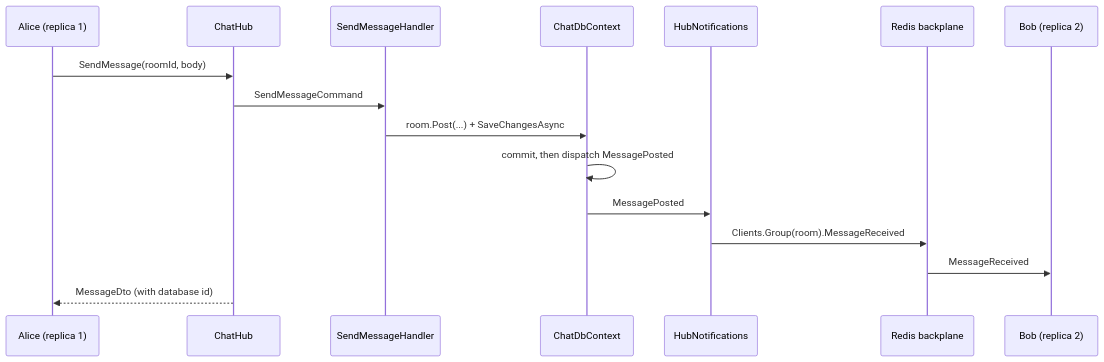
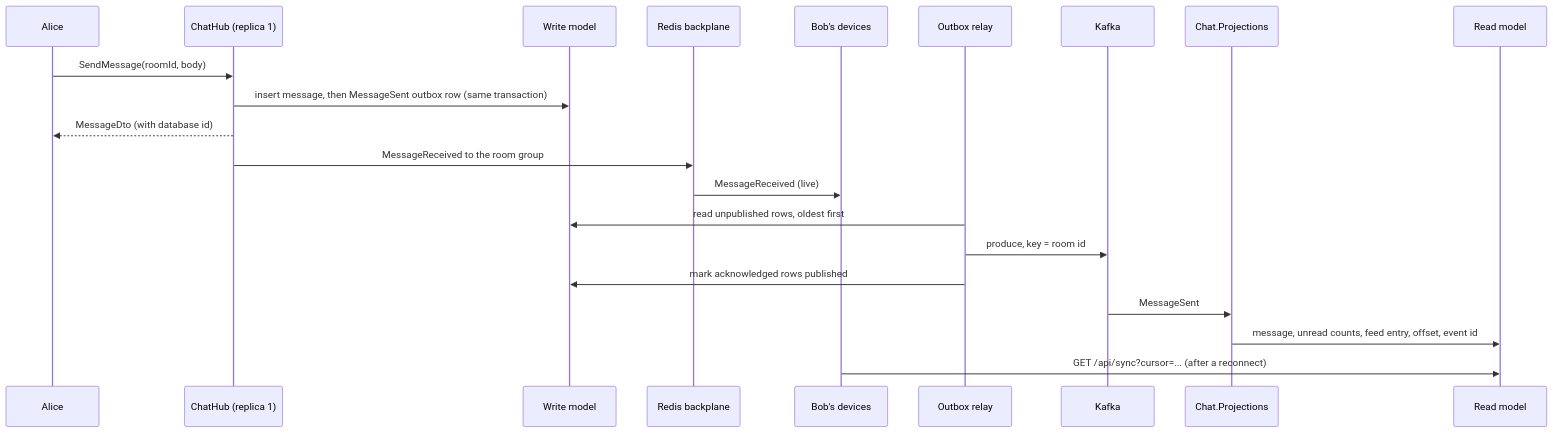
One commit to jay3490/realtime-chat-signalr changed the second of 2 diagrams in README.md. Above: the diagram before and after it, drawn with Mermaid. The commit also changed other lines of this file, not shown here.

First line of the commit message:
docs: describe the event log, services, deployment and production considerations

````diff
--- a/README.md
+++ b/README.md
@@ -62,19 +77,24 @@
 ```mermaid
 sequenceDiagram
-    participant A as Alice (replica 1)
-    participant H as ChatHub
-    participant C as SendMessageHandler
-    participant DB as ChatDbContext
-    participant N as HubNotifications
+    participant A as Alice
+    participant H as ChatHub (replica 1)
+    participant DB as Write model
     participant R as Redis backplane
-    participant B as Bob (replica 2)
+    participant B as Bob's devices
+    participant O as Outbox relay
+    participant K as Kafka
+    participant P as Chat.Projections
+    participant RM as Read model
 
     A->>H: SendMessage(roomId, body)
-    H->>C: SendMessageCommand
-    C->>DB: room.Post(...) + SaveChangesAsync
-    DB->>DB: commit, then dispatch MessagePosted
-    DB->>N: MessagePosted
-    N->>R: Clients.Group(room).MessageReceived
-    R->>B: MessageReceived
+    H->>DB: insert message, then MessageSent outbox row (same transaction)
     H-->>A: MessageDto (with database id)
+    H->>R: MessageReceived to the room group
+    R->>B: MessageReceived (live)
+    O->>DB: read unpublished rows, oldest first
+    O->>K: produce, key = room id
+    O->>DB: mark acknowledged rows published
+    K->>P: MessageSent
+    P->>RM: message, unread counts, feed entry, offset, event id
+    B->>RM: GET /api/sync?cursor=... (after a reconnect)
 ```
````
